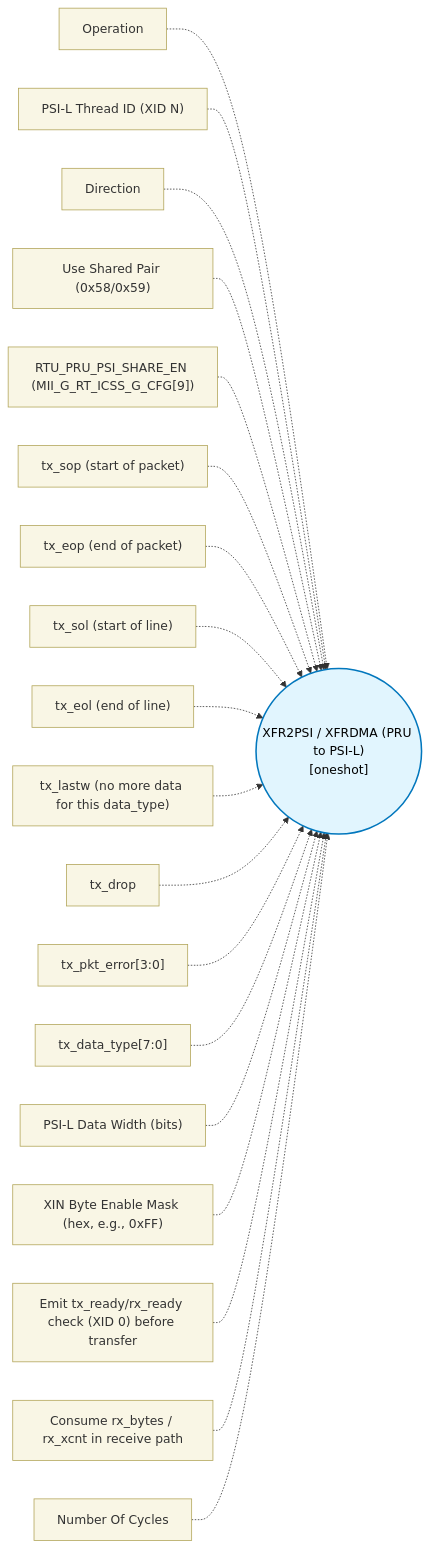
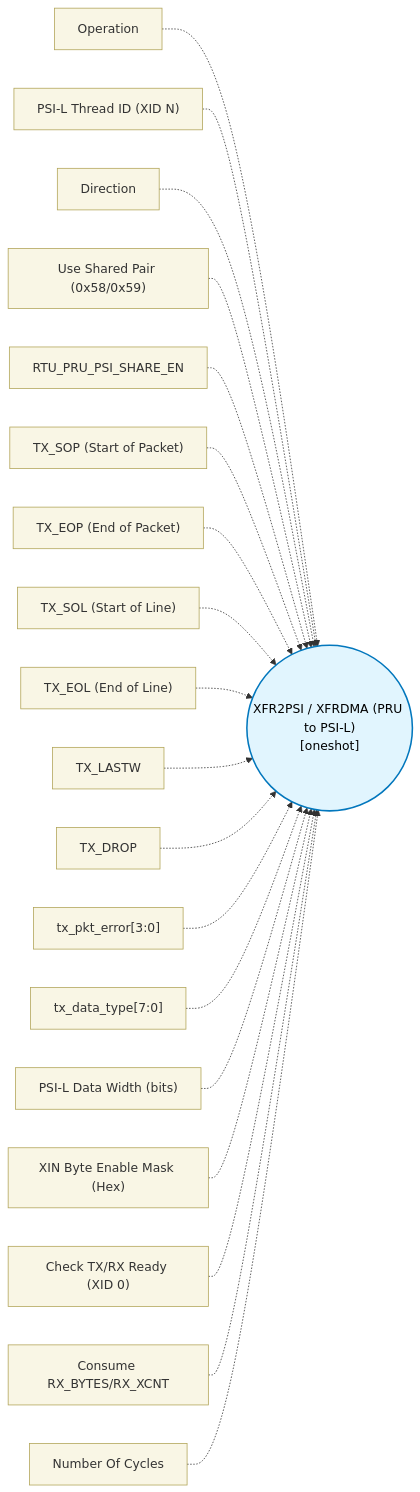
The diagram in docs/block-reference/blocks/xfr2psi_block/design.md (TexasInstruments/pru-no-code-tool), drawn with Mermaid before and after one commit. The commit also changed other lines of this file and 89 other files, not shown here.

````diff
--- a/docs/block-reference/blocks/xfr2psi_block/design.md
+++ b/docs/block-reference/blocks/xfr2psi_block/design.md
@@ -11,24 +11,24 @@
 ```mermaid
 flowchart LR
   classDef config fill:#f9f6e5,stroke:#b1a457,stroke-width:1px,color:#333;
   classDef core fill:#e1f5fe,stroke:#0277bd,stroke-width:2px,color:#000;
   CORE(("XFR2PSI / XFRDMA (PRU to PSI-L)\n[oneshot]")):::core
   CFG0["Operation"]:::config -.-> CORE
   CFG1["PSI-L Thread ID (XID N)"]:::config -.-> CORE
   CFG2["Direction"]:::config -.-> CORE
   CFG3["Use Shared Pair (0x58/0x59)"]:::config -.-> CORE
-  CFG4["RTU_PRU_PSI_SHARE_EN (MII_G_RT_ICSS_G_CFG[9])"]:::config -.-> CORE
-  CFG5["tx_sop (start of packet)"]:::config -.-> CORE
-  CFG6["tx_eop (end of packet)"]:::config -.-> CORE
-  CFG7["tx_sol (start of line)"]:::config -.-> CORE
-  CFG8["tx_eol (end of line)"]:::config -.-> CORE
-  CFG9["tx_lastw (no more data for this data_type)"]:::config -.-> CORE
-  CFG10["tx_drop"]:::config -.-> CORE
+  CFG4["RTU_PRU_PSI_SHARE_EN"]:::config -.-> CORE
+  CFG5["TX_SOP (Start of Packet)"]:::config -.-> CORE
+  CFG6["TX_EOP (End of Packet)"]:::config -.-> CORE
+  CFG7["TX_SOL (Start of Line)"]:::config -.-> CORE
+  CFG8["TX_EOL (End of Line)"]:::config -.-> CORE
+  CFG9["TX_LASTW"]:::config -.-> CORE
+  CFG10["TX_DROP"]:::config -.-> CORE
   CFG11["tx_pkt_error[3:0]"]:::config -.-> CORE
   CFG12["tx_data_type[7:0]"]:::config -.-> CORE
   CFG13["PSI-L Data Width (bits)"]:::config -.-> CORE
-  CFG14["XIN Byte Enable Mask (hex, e.g., 0xFF)"]:::config -.-> CORE
-  CFG15["Emit tx_ready/rx_ready check (XID 0) before transfer"]:::config -.-> CORE
-  CFG16["Consume rx_bytes / rx_xcnt in receive path"]:::config -.-> CORE
+  CFG14["XIN Byte Enable Mask (Hex)"]:::config -.-> CORE
+  CFG15["Check TX/RX Ready (XID 0)"]:::config -.-> CORE
+  CFG16["Consume RX_BYTES/RX_XCNT"]:::config -.-> CORE
   CFG17["Number Of Cycles"]:::config -.-> CORE
 ```
````
